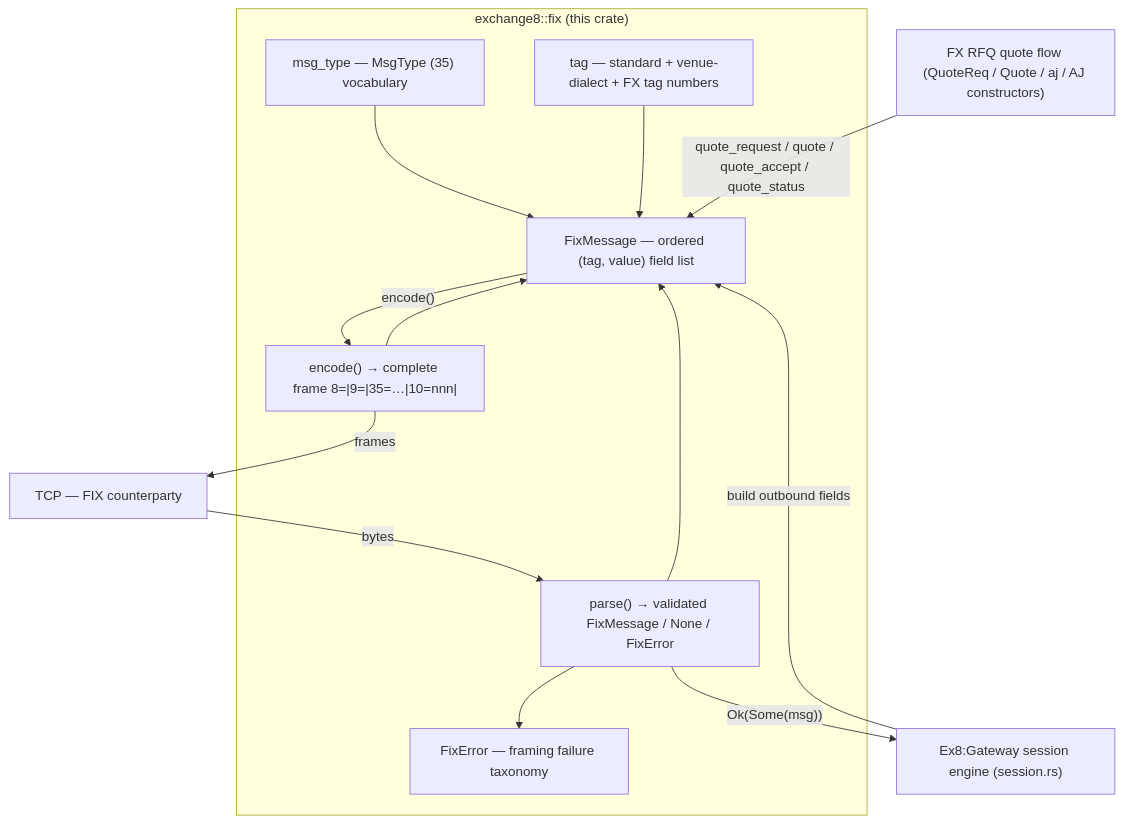
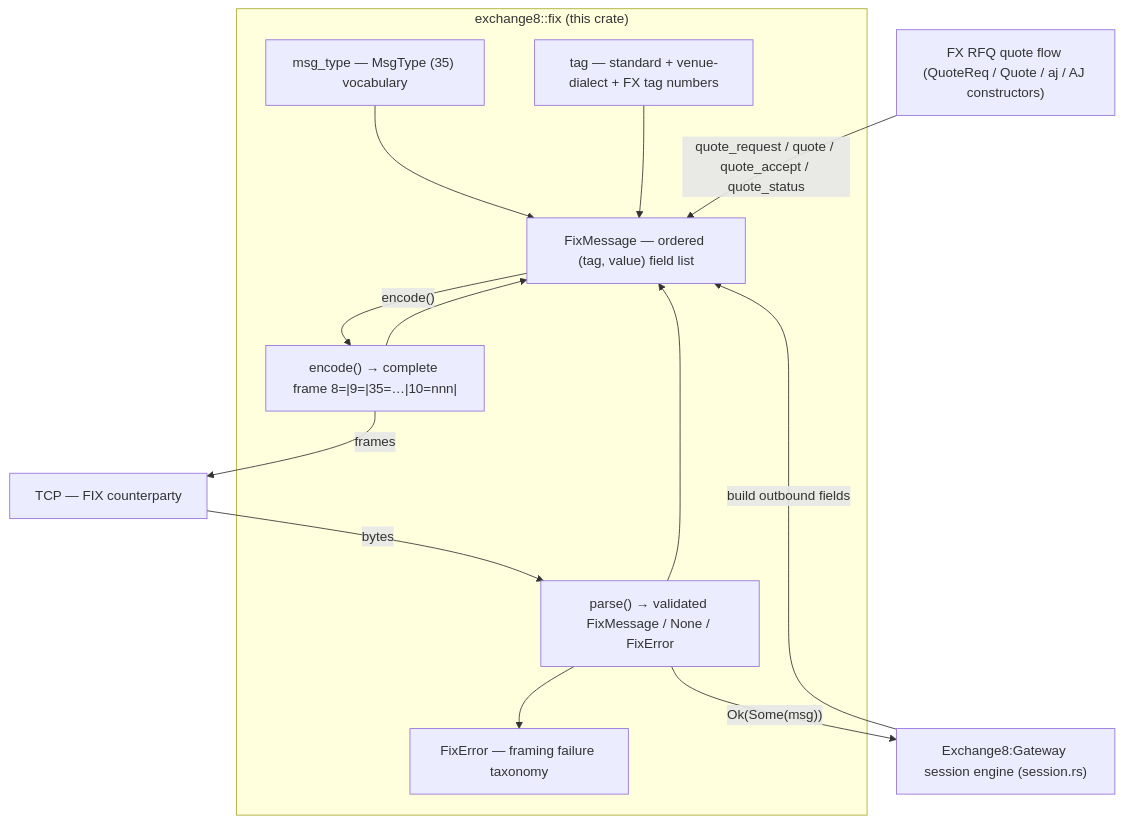
The diagram in crates/fix/README.md (Exchange8-dev/exchange8-sdk), drawn with Mermaid before and after one commit. The commit also changed other lines of this file and 29 other files, not shown here.

````diff
--- a/crates/fix/README.md
+++ b/crates/fix/README.md
@@ -39,28 +39,28 @@
 ```mermaid
 graph TD
     subgraph codec["exchange8::fix (this crate)"]
         FM["FixMessage — ordered (tag, value) field list"]
         EN["encode() → complete frame 8=|9=|35=…|10=nnn|"]
         PA["parse() → validated FixMessage / None / FixError"]
         MT["msg_type — MsgType (35) vocabulary"]
         TG["tag — standard + venue-dialect + FX tag numbers"]
         FE["FixError — framing failure taxonomy"]
     end
 
-    GW["Ex8:Gateway session engine (session.rs)"]
+    GW["Exchange8:Gateway session engine (session.rs)"]
     RFQ["FX RFQ quote flow (QuoteReq / Quote / aj / AJ constructors)"]
     WIRE["TCP — FIX counterparty"]
 
     EN --> FM
     PA --> FM
     MT --> FM
     TG --> FM
     PA --> FE
 
     GW -->|"build outbound fields"| FM
     FM -->|"encode()"| EN
     EN -->|"frames"| WIRE
     WIRE -->|"bytes"| PA
     PA -->|"Ok(Some(msg))"| GW
     RFQ -->|"quote_request / quote / quote_accept / quote_status"| FM
 ```
````
